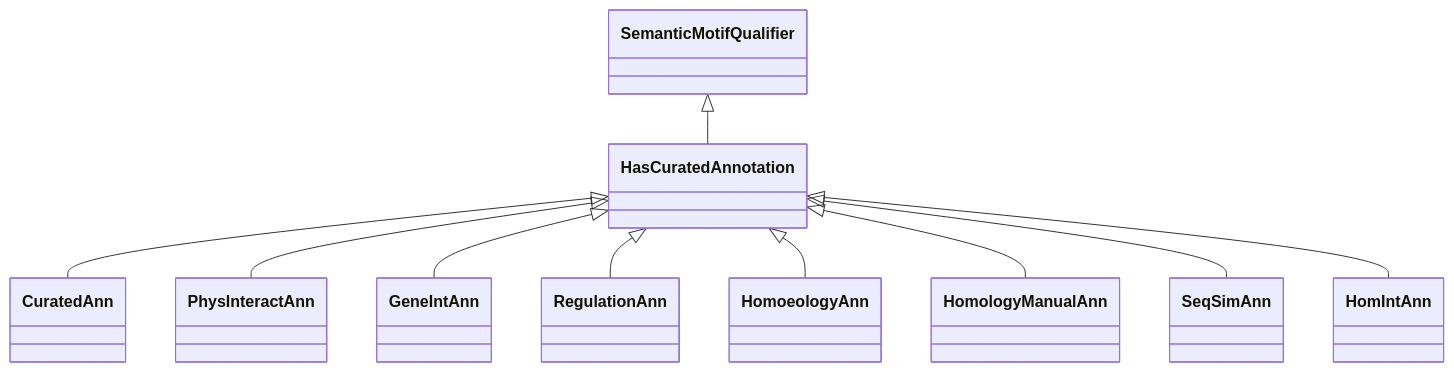
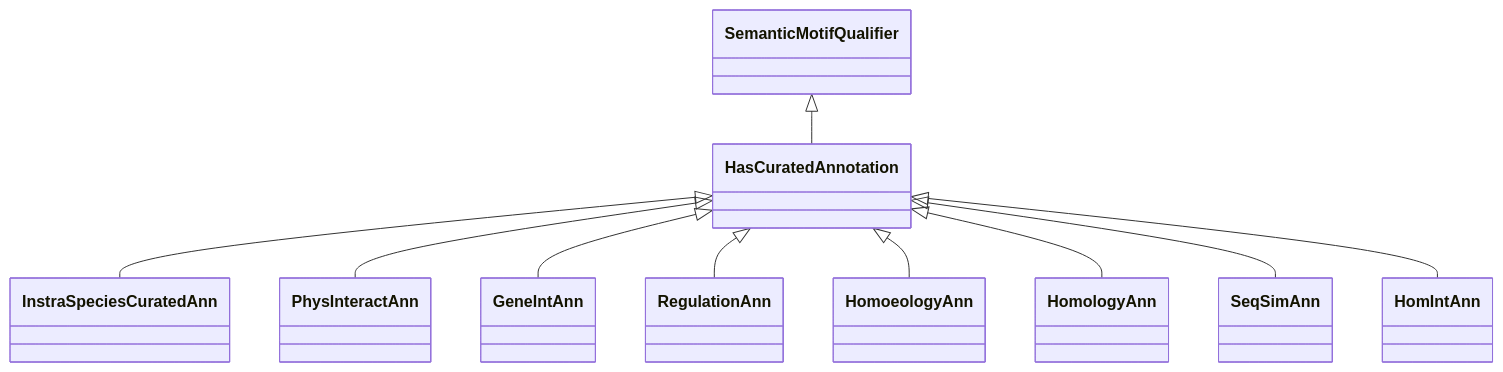
The diagram in semantic-motif-taxonomy/knet-motif-categories-doc/HasCuratedAnnotation.md (KnetMiner/knetminer-schemas), drawn with Mermaid before and after one commit. The commit also changed other lines of this file and 29 other files, not shown here.

````diff
--- a/semantic-motif-taxonomy/knet-motif-categories-doc/HasCuratedAnnotation.md
+++ b/semantic-motif-taxonomy/knet-motif-categories-doc/HasCuratedAnnotation.md
@@ -23,28 +23,28 @@
 ```mermaid
  classDiagram
     class HasCuratedAnnotation
     click HasCuratedAnnotation href "../HasCuratedAnnotation"
       SemanticMotifQualifier <|-- HasCuratedAnnotation
         click SemanticMotifQualifier href "../SemanticMotifQualifier"
       
 
-      HasCuratedAnnotation <|-- CuratedAnn
-        click CuratedAnn href "../CuratedAnn"
+      HasCuratedAnnotation <|-- InstraSpeciesCuratedAnn
+        click InstraSpeciesCuratedAnn href "../InstraSpeciesCuratedAnn"
       HasCuratedAnnotation <|-- PhysInteractAnn
         click PhysInteractAnn href "../PhysInteractAnn"
       HasCuratedAnnotation <|-- GeneIntAnn
         click GeneIntAnn href "../GeneIntAnn"
       HasCuratedAnnotation <|-- RegulationAnn
         click RegulationAnn href "../RegulationAnn"
       HasCuratedAnnotation <|-- HomoeologyAnn
         click HomoeologyAnn href "../HomoeologyAnn"
-      HasCuratedAnnotation <|-- HomologyManualAnn
-        click HomologyManualAnn href "../HomologyManualAnn"
+      HasCuratedAnnotation <|-- HomologyAnn
+        click HomologyAnn href "../HomologyAnn"
       HasCuratedAnnotation <|-- SeqSimAnn
         click SeqSimAnn href "../SeqSimAnn"
       HasCuratedAnnotation <|-- HomIntAnn
         click HomIntAnn href "../HomIntAnn"
       
       
       
 ```
````
